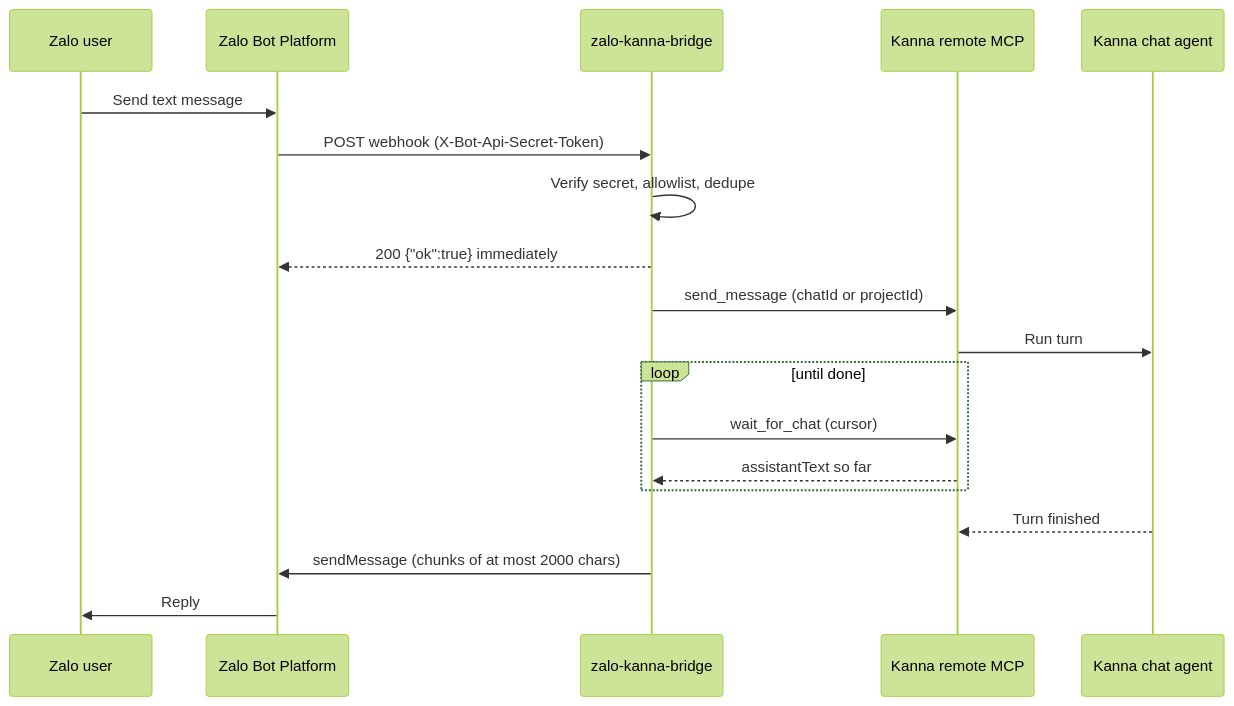
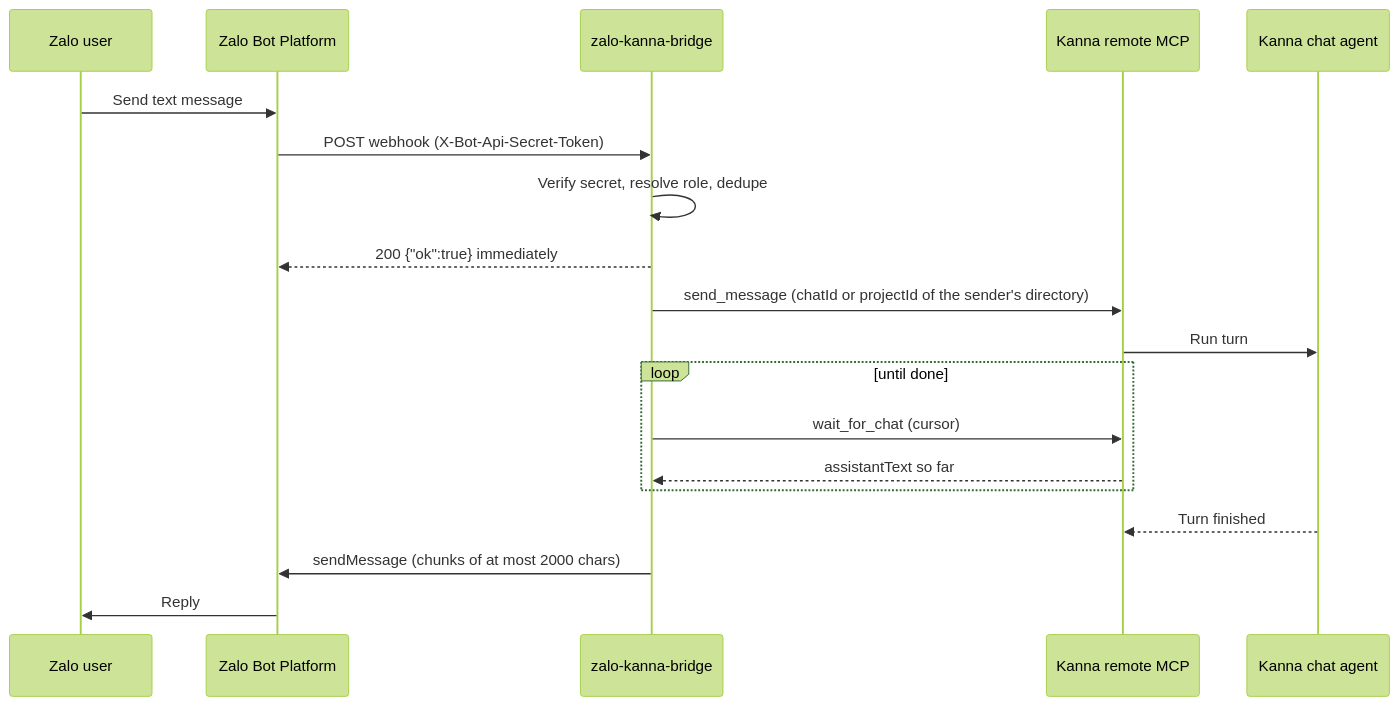
Before and after one commit to cuongtranba/zalo-kanna-bridge: the diagram in README.md, drawn with Mermaid (forest theme). The commit also changed other lines of this file and 20 other files, not shown here.

````diff
--- a/README.md
+++ b/README.md
@@ -5,22 +5,22 @@
 ```mermaid
 sequenceDiagram
     participant U as Zalo user
     participant Z as Zalo Bot Platform
     participant B as zalo-kanna-bridge
     participant M as Kanna remote MCP
     participant A as Kanna chat agent
 
     U->>Z: Send text message
     Z->>B: POST webhook (X-Bot-Api-Secret-Token)
-    B->>B: Verify secret, allowlist, dedupe
+    B->>B: Verify secret, resolve role, dedupe
     B-->>Z: 200 {"ok":true} immediately
-    B->>M: send_message (chatId or projectId)
+    B->>M: send_message (chatId or projectId of the sender's directory)
     M->>A: Run turn
     loop until done
         B->>M: wait_for_chat (cursor)
         M-->>B: assistantText so far
     end
     A-->>M: Turn finished
     B->>Z: sendMessage (chunks of at most 2000 chars)
     Z->>U: Reply
 ```
````
